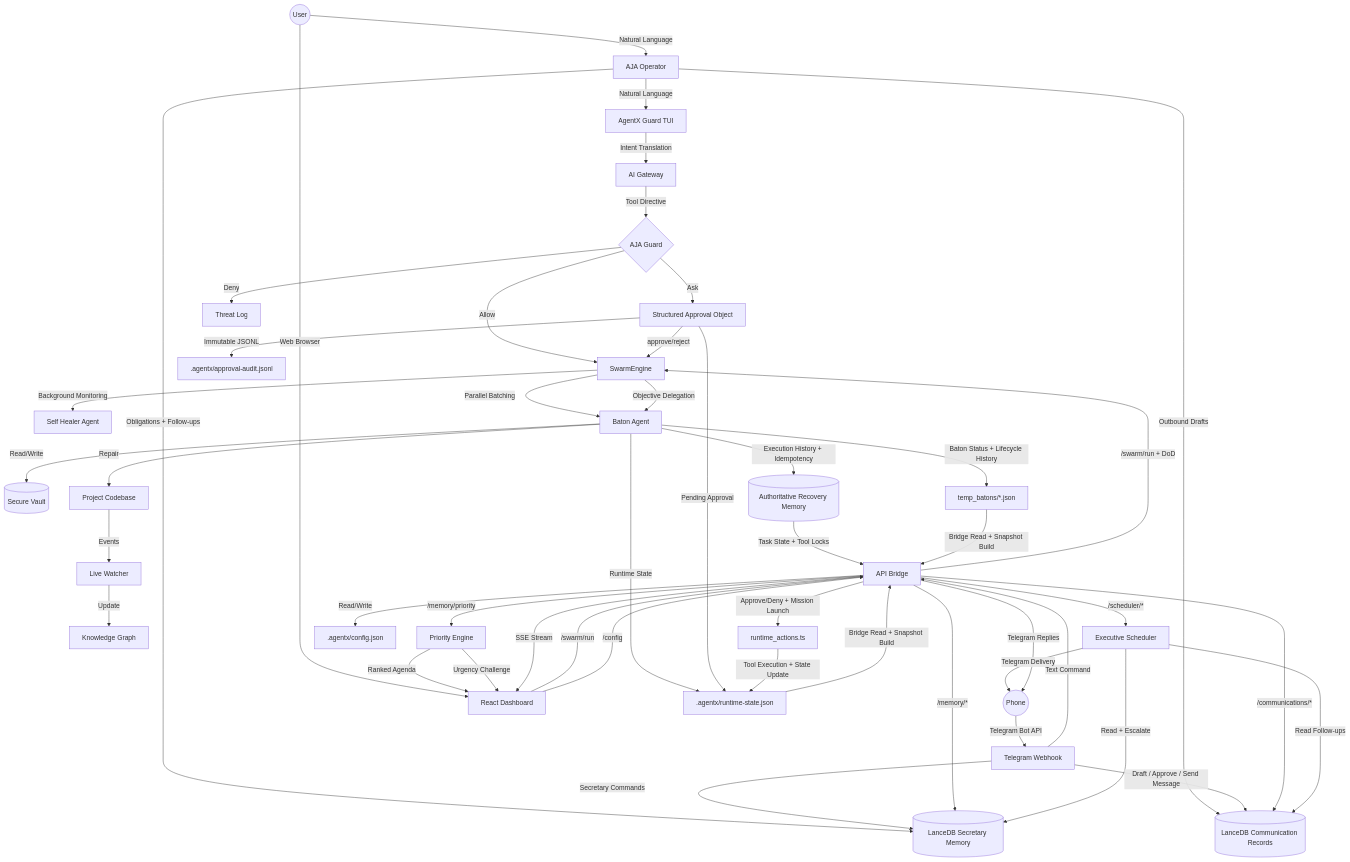
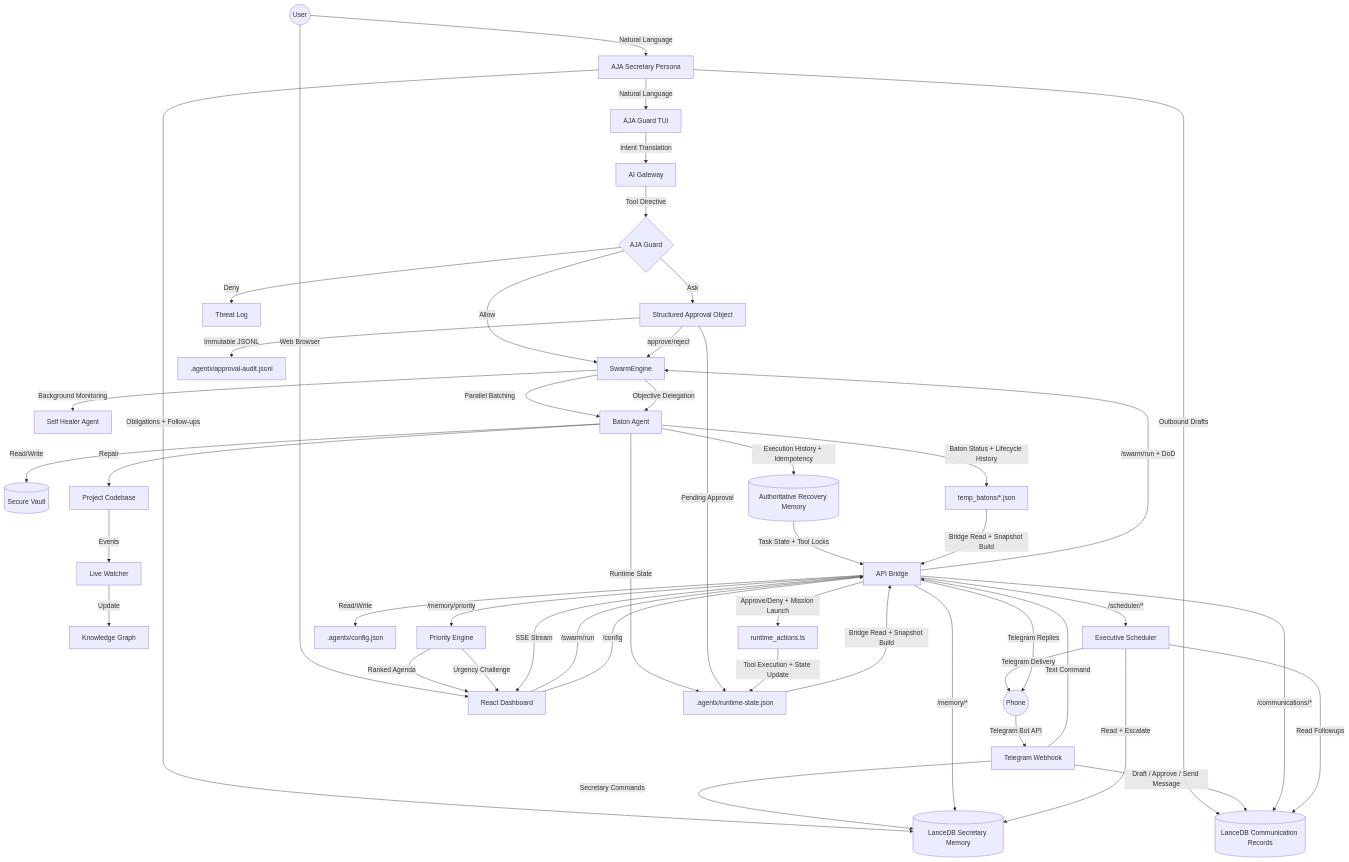
Before and after one commit to anixes/AJA: the diagram in docs/ARCHITECTURE_FLOW.md, drawn with Mermaid. The commit also changed other lines of this file and 395 other files, not shown here.

````diff
--- a/docs/ARCHITECTURE_FLOW.md
+++ b/docs/ARCHITECTURE_FLOW.md
@@ -4,55 +4,55 @@
 ```mermaid
 graph TD
-    User((User)) -->|Natural Language| AJA[AJA Operator]
+    User((User)) -->|Natural Language| AJA[AJA Secretary Persona]
     Phone((Phone)) -->|Telegram Bot API| Telegram[Telegram Webhook]
-    AJA -->|Natural Language| TUI[AgentX Guard TUI]
+    AJA -->|Natural Language| TUI[AJA Guard TUI]
     User -->|Web Browser| Dashboard[React Dashboard]
     TUI -->|Intent Translation| Gateway[AI Gateway]
     Dashboard -->|/swarm/run| API[API Bridge]
     Dashboard -->|/config| API
     Telegram -->|Text Command| API
     Gateway -->|Tool Directive| Gate{AJA Guard}
     
     Gate -->|Allow| Engine[SwarmEngine]
     Gate -->|Ask| Approval[Structured Approval Object]
     Gate -->|Deny| Audit[Threat Log]
     Approval -->|approve/reject| Engine[SwarmEngine]
     
     Engine -->|Background Monitoring| Healer[Self Healer Agent]
     Engine -->|Parallel Batching| Worker[Parallel Agent]
     Engine -->|Objective Delegation| Worker[Baton Agent]
     
     Worker -->|Read/Write| Vault[(Secure Vault)]
     Worker -->|Repair| Code[Project Codebase]
     Worker -->|Baton Status + Lifecycle History| Batons[temp_batons/*.json]
     
     Code -->|Events| Watcher[Live Watcher]
     Watcher -->|Update| Graph[Knowledge Graph]
     
     Worker -->|Runtime State| State[.agentx/runtime-state.json]
     Worker -->|Execution History + Idempotency| Recovery[(Authoritative Recovery Memory)]
     AJA -->|Obligations + Follow-ups| Secretary[(LanceDB Secretary Memory)]
     AJA -->|Outbound Drafts| Comms[(LanceDB Communication Records)]
     Recovery -->|Task State + Tool Locks| API
     Telegram -->|Secretary Commands| Secretary
     Telegram -->|Draft / Approve / Send Message| Comms
     API -->|/memory/*| Secretary
     API -->|/communications/*| Comms
     API -->|/scheduler/*| Scheduler[Executive Scheduler]
     Scheduler -->|Read + Escalate| Secretary
-    Scheduler -->|Read Follow-ups| Comms
+    Scheduler -->|Read Followups| Comms
     Scheduler -->|Telegram Delivery| Phone
     Approval -->|Pending Approval| State
     Approval -->|Immutable JSONL| ApprovalAudit[.agentx/approval-audit.jsonl]
     Batons -->|Bridge Read + Snapshot Build| API
     State -->|Bridge Read + Snapshot Build| API
     API -->|/memory/priority| Priority[Priority Engine]
     Priority -->|Ranked Agenda| Dashboard
     Priority -->|Urgency Challenge| Dashboard
     API -->|/swarm/run + DoD| Engine[SwarmEngine]
     API -->|Read/Write| Config[.agentx/config.json]
     API -->|Approve/Deny + Mission Launch| Runner[runtime_actions.ts]
     Runner -->|Tool Execution + State Update| State
     API -->|SSE Stream| Dashboard
     API -->|Telegram Replies| Phone
 ```
````
